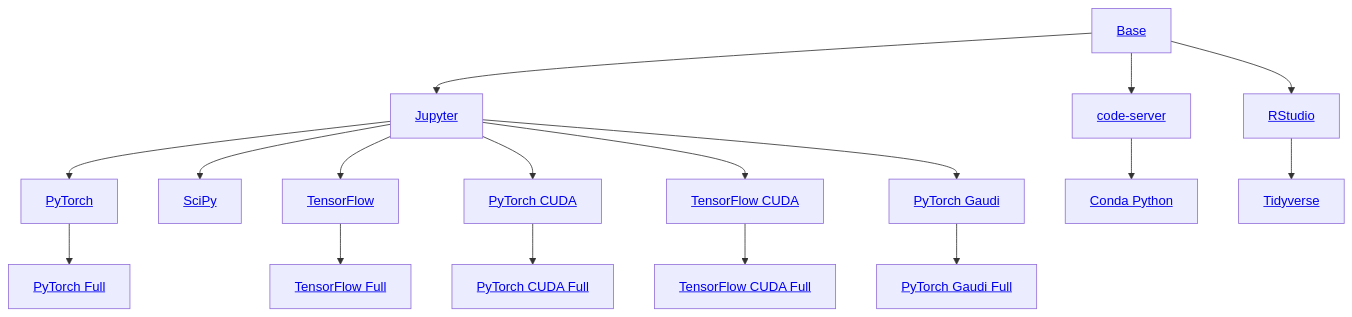
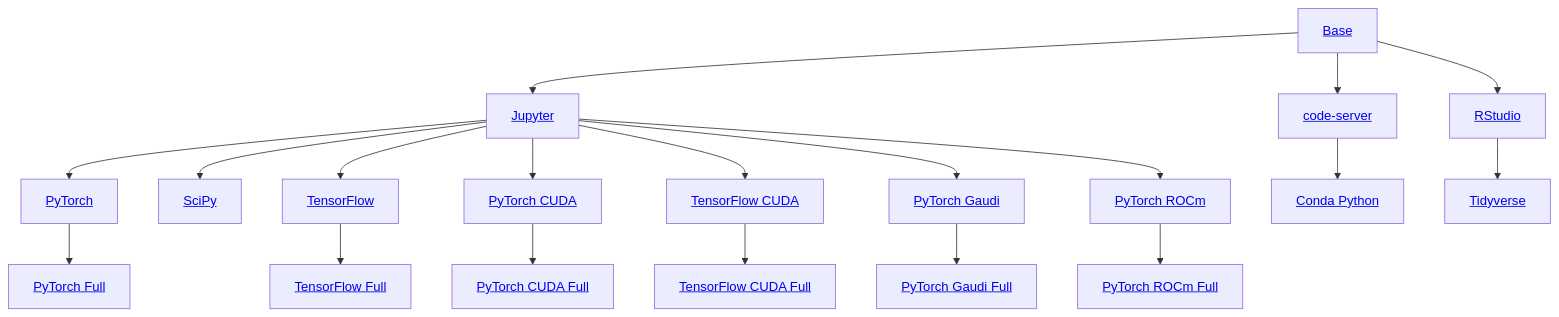
One commit to kubeflow/kubeflow changed the diagram in components/example-notebook-servers/README.md. Above: the diagram before and after it, drawn with Mermaid. The commit also changed other lines of this file and 15 other files, not shown here.

Commit message:
feat(notebooks): add AMD ROCm example notebook images

````diff
--- a/components/example-notebook-servers/README.md
+++ b/components/example-notebook-servers/README.md
@@ -11,26 +11,29 @@
 ```mermaid
 graph TD
   Base[<a href='https://github.com/kubeflow/kubeflow/tree/master/components/example-notebook-servers/base'>Base</a>] --> Jupyter[<a href='https://github.com/kubeflow/kubeflow/tree/master/components/example-notebook-servers/jupyter'>Jupyter</a>]
   Base --> Code-Server[<a href='https://github.com/kubeflow/kubeflow/tree/master/components/example-notebook-servers/codeserver'>code-server</a>]
   Base --> RStudio[<a href='https://github.com/kubeflow/kubeflow/tree/master/components/example-notebook-servers/rstudio'>RStudio</a>]
 
   Jupyter --> PyTorch[<a href='https://github.com/kubeflow/kubeflow/tree/master/components/example-notebook-servers/jupyter-pytorch'>PyTorch</a>]
   Jupyter --> SciPy[<a href='https://github.com/kubeflow/kubeflow/tree/master/components/example-notebook-servers/jupyter-scipy'>SciPy</a>]
   Jupyter --> TensorFlow[<a href='https://github.com/kubeflow/kubeflow/tree/master/components/example-notebook-servers/jupyter-tensorflow'>TensorFlow</a>]
 
   Code-Server --> Code-Server-Conda-Python[<a href='https://github.com/kubeflow/kubeflow/tree/master/components/example-notebook-servers/codeserver-python'>Conda Python</a>]
   RStudio --> Tidyverse[<a href='https://github.com/kubeflow/kubeflow/tree/master/components/example-notebook-servers/rstudio-tidyverse'>Tidyverse</a>]
 
   PyTorch --> PyTorchFull[<a href='https://github.com/kubeflow/kubeflow/tree/master/components/example-notebook-servers/jupyter-pytorch-full'>PyTorch Full</a>]
   TensorFlow --> TensorFlowFull[<a href='https://github.com/kubeflow/kubeflow/tree/master/components/example-notebook-servers/jupyter-tensorflow-full'>TensorFlow Full</a>]
 
   Jupyter --> PyTorchCuda[<a href='https://github.com/kubeflow/kubeflow/tree/master/components/example-notebook-servers/jupyter-pytorch-cuda'>PyTorch CUDA</a>]
   Jupyter --> TensorFlowCuda[<a href='https://github.com/kubeflow/kubeflow/tree/master/components/example-notebook-servers/jupyter-tensorflow-cuda'>TensorFlow CUDA</a>]
 
   PyTorchCuda --> PyTorchCudaFull[<a href='https://github.com/kubeflow/kubeflow/tree/master/components/example-notebook-servers/jupyter-pytorch-cuda-full'>PyTorch CUDA Full</a>]
   TensorFlowCuda --> TensorFlowCudaFull[<a href='https://github.com/kubeflow/kubeflow/tree/master/components/example-notebook-servers/jupyter-tensorflow-cuda-full'>TensorFlow CUDA Full</a>]
 
   Jupyter --> PyTorchGaudi[<a href='https://github.com/kubeflow/kubeflow/tree/master/components/example-notebook-servers/jupyter-pytorch-gaudi'>PyTorch Gaudi</a>]
   PyTorchGaudi --> PyTorchGaudiFull[<a href='https://github.com/kubeflow/kubeflow/tree/master/components/example-notebook-servers/jupyter-pytorch-gaudi-full'>PyTorch Gaudi Full</a>]
 
+  Jupyter --> PyTorchRocm[<a href='https://github.com/kubeflow/kubeflow/tree/master/components/example-notebook-servers/jupyter-pytorch-rocm'>PyTorch ROCm</a>]
+  PyTorchRocm --> PyTorchRocmFull[<a href='https://github.com/kubeflow/kubeflow/tree/master/components/example-notebook-servers/jupyter-pytorch-rocm-full'>PyTorch ROCm Full</a>]
+
 ```
````
